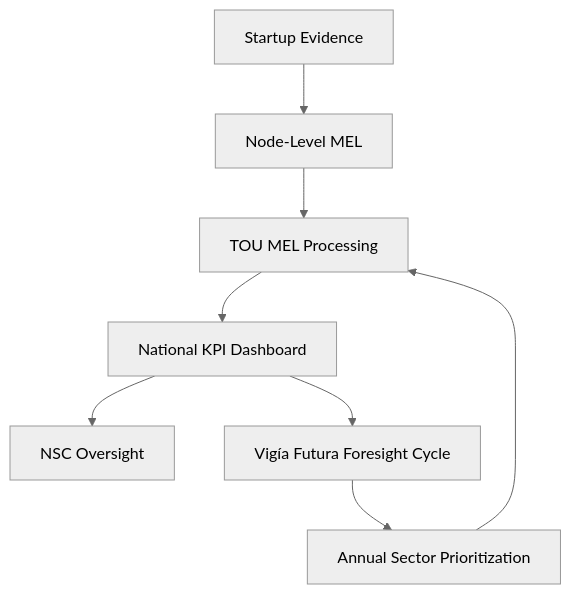
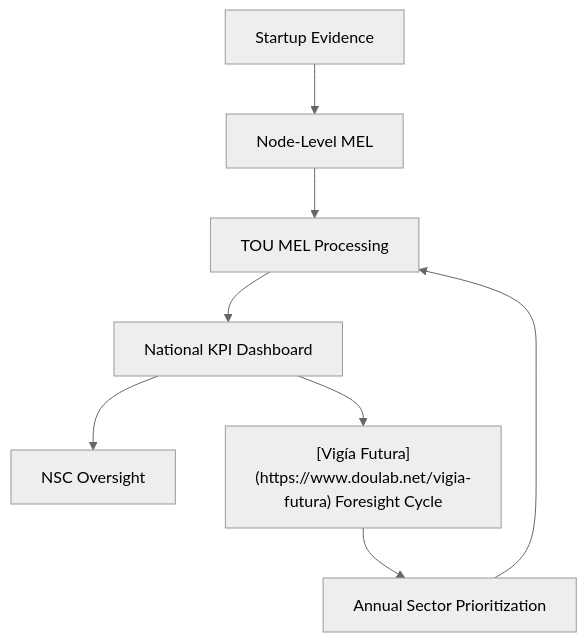
The first of 5 diagrams in vif/annexes/annex-10-mel-framework.md (doulabglobal/vigia-incubanet-framework), drawn with Mermaid (neutral theme) before and after one commit. The commit also changed other lines of this file and 22 other files, not shown here.

Commit message:
chore: Updated links to Doulab, IMM-P, Vigia Futura and MicroCanvas Framework. Added the license project wide

````diff
--- a/vif/annexes/annex-10-mel-framework.md
+++ b/vif/annexes/annex-10-mel-framework.md
@@ -31,10 +31,10 @@
 ```mermaid
 flowchart TD
     A[Startup Evidence] --> B[Node-Level MEL]
     B --> C[TOU MEL Processing]
     C --> D[National KPI Dashboard]
     D --> E[NSC Oversight]
-    D --> F[Vigía Futura Foresight Cycle]
+    D --> F["[Vigía Futura](https://www.doulab.net/vigia-futura) Foresight Cycle"]
     F --> G[Annual Sector Prioritization]
     G --> C
 ```
````
